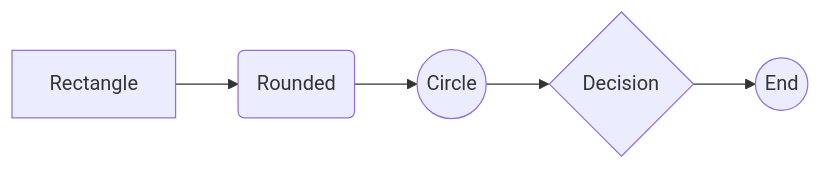
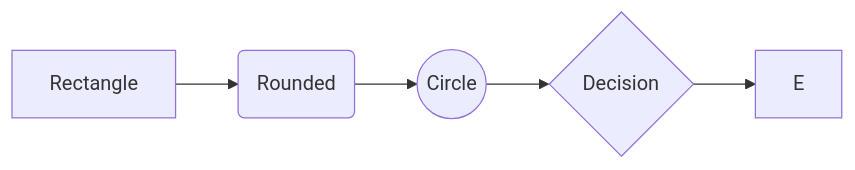
Before and after one commit to punitkatiyar/markdown-master-guide: the second of 2 diagrams in 03.diagrams/readme.md, drawn with Mermaid.

Commit message:
Fix diagram syntax and include end node
Updated diagram syntax and added missing end node.

````diff
--- a/03.diagrams/readme.md
+++ b/03.diagrams/readme.md
@@ -29,14 +31,14 @@
 ```mermaid
 flowchart LR
 A[Rectangle]
 B(Rounded)
 C((Circle))
 D{Decision}
-E((End))
+
 
 A --> B
 B --> C
 C --> D
 D --> E
 
 ```
````
